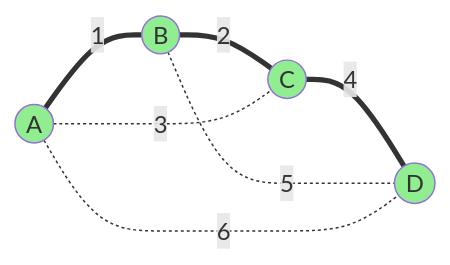
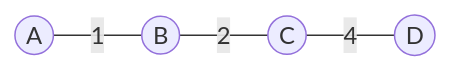
One commit to freeedoooooo/algs changed the fourth of 4 diagrams in my-notes/01-基础巩固/11-图相关的算法/05-最小生成树-Kruskal算法.md. Above: the diagram before and after it, drawn with Mermaid. The commit also changed other lines of this file, not shown here.

````diff
--- a/my-notes/01-基础巩固/11-图相关的算法/05-最小生成树-Kruskal算法.md
+++ b/my-notes/01-基础巩固/11-图相关的算法/05-最小生成树-Kruskal算法.md
@@ -229,14 +235,6 @@
 ```mermaid
 graph LR
-    A((A)) ===|1| B((B))
-    B ===|2| C((C))
-    C ===|4| D((D))
-    A -.-|3| C
-    B -.-|5| D
-    A -.-|6| D
-    
-    style A fill:#90EE90
-    style B fill:#90EE90
-    style C fill:#90EE90
-    style D fill:#90EE90
+    A((A)) ---|1| B((B))
+    B ---|2| C((C))
+    C ---|4| D((D))
 ```
````
